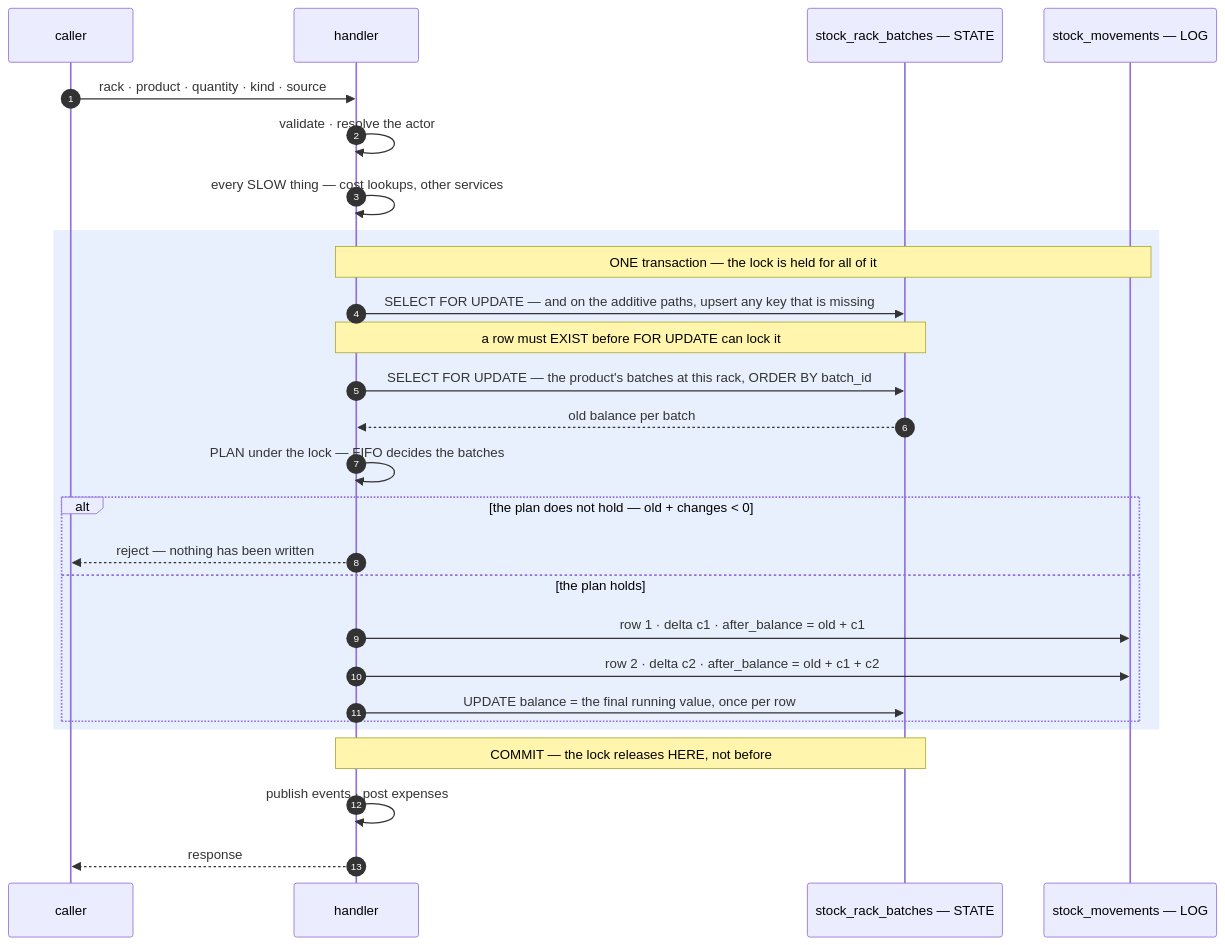
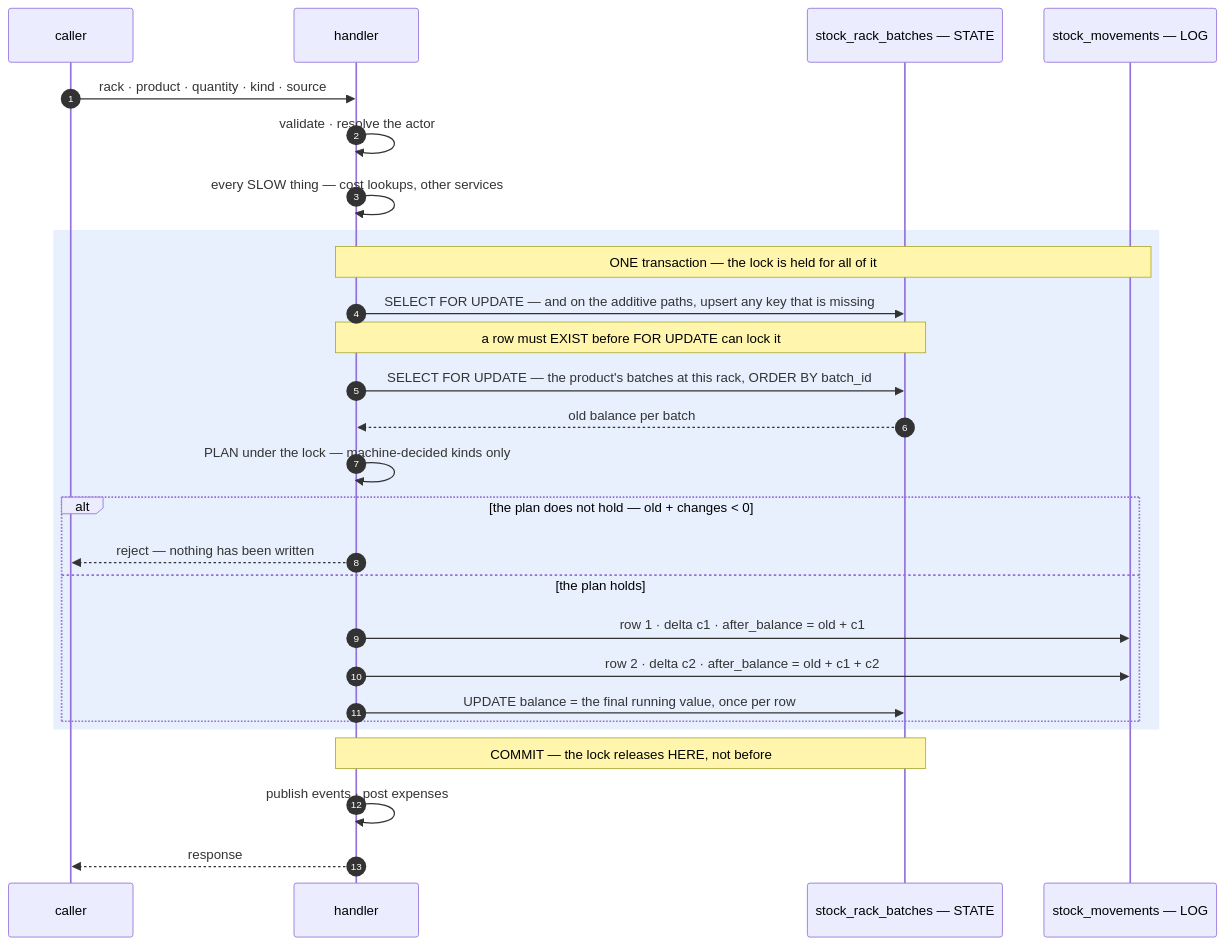
The eighth of 34 diagrams in disscuss/architecture/stock_movement_log.md (pdcgo/warehouse_revamp), drawn with Mermaid before and after one commit. The commit also changed other lines of this file and 4 other files, not shown here.

````diff
--- a/disscuss/architecture/stock_movement_log.md
+++ b/disscuss/architecture/stock_movement_log.md
@@ -365,32 +360,32 @@
 ```mermaid
 sequenceDiagram
     autonumber
     participant U as caller
     participant H as handler
     participant S as stock_rack_batches — STATE
     participant L as stock_movements — LOG
 
     U->>H: rack · product · quantity · kind · source
     H->>H: validate · resolve the actor
     H->>H: every SLOW thing — cost lookups, other services
 
     rect rgb(232,240,254)
         Note over H,L: ONE transaction — the lock is held for all of it
         H->>S: SELECT FOR UPDATE — and on the additive paths, upsert any key that is missing
         Note over H,S: a row must EXIST before FOR UPDATE can lock it
         H->>S: SELECT FOR UPDATE — the product's batches at this rack, ORDER BY batch_id
         S-->>H: old balance per batch
-        H->>H: PLAN under the lock — FIFO decides the batches
+        H->>H: PLAN under the lock — machine-decided kinds only
         alt the plan does not hold — old + changes < 0
             H-->>U: reject — nothing has been written
         else the plan holds
             H->>L: row 1 · delta c1 · after_balance = old + c1
             H->>L: row 2 · delta c2 · after_balance = old + c1 + c2
             H->>S: UPDATE balance = the final running value, once per row
         end
     end
 
     Note over H,S: COMMIT — the lock releases HERE, not before
     H->>H: publish events · post expenses
     H-->>U: response
 ```
````
